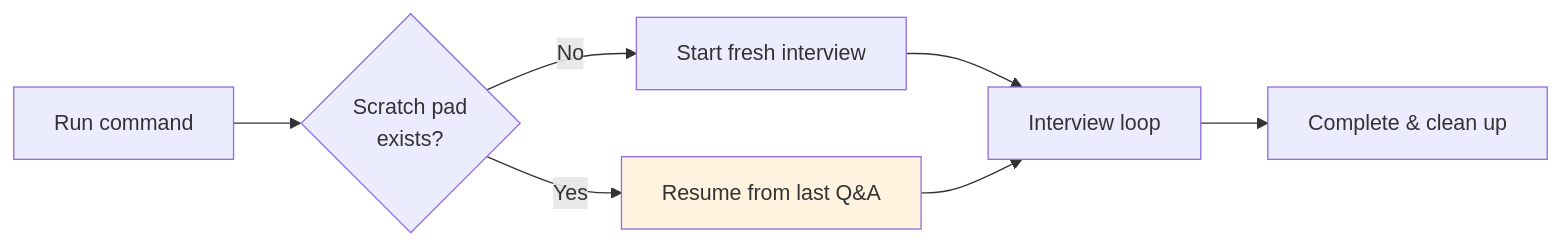
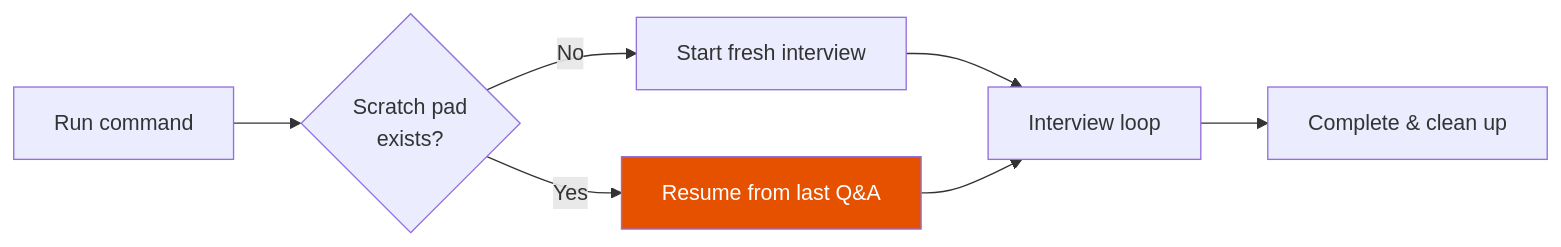
The second of 2 diagrams in docs/concepts/stateless-agents.md (rp1-run/rp1), drawn with Mermaid before and after one commit. The commit also changed other lines of this file and 17 other files, not shown here.

````diff
--- a/docs/concepts/stateless-agents.md
+++ b/docs/concepts/stateless-agents.md
@@ -92,11 +92,11 @@
 ```mermaid
 flowchart LR
     START[Run command] --> CHECK{Scratch pad<br/>exists?}
     CHECK -->|No| CREATE[Start fresh interview]
     CHECK -->|Yes| RESUME[Resume from last Q&A]
     CREATE --> LOOP[Interview loop]
     RESUME --> LOOP
     LOOP --> DONE[Complete & clean up]
 
-    style RESUME fill:#fff3e0
+    style RESUME fill:#e65100,color:#fff
 ```
````
